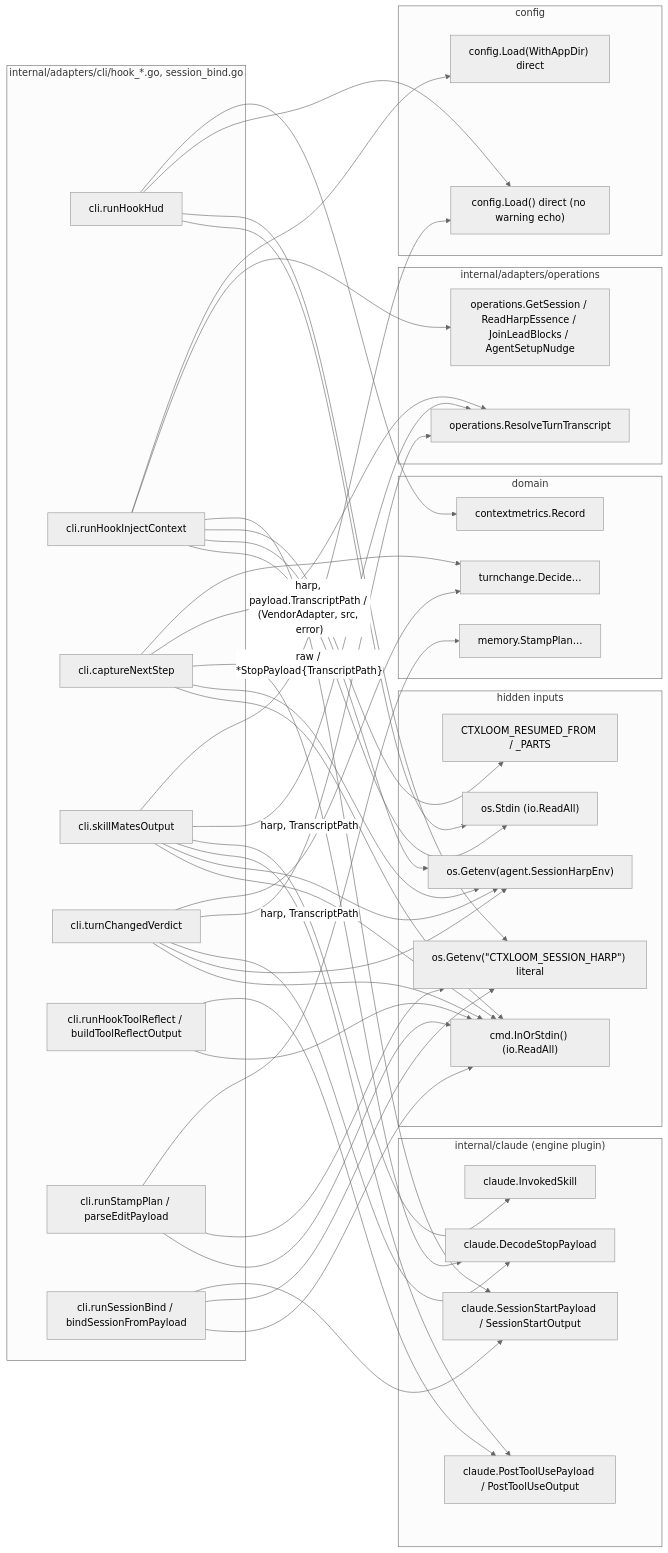
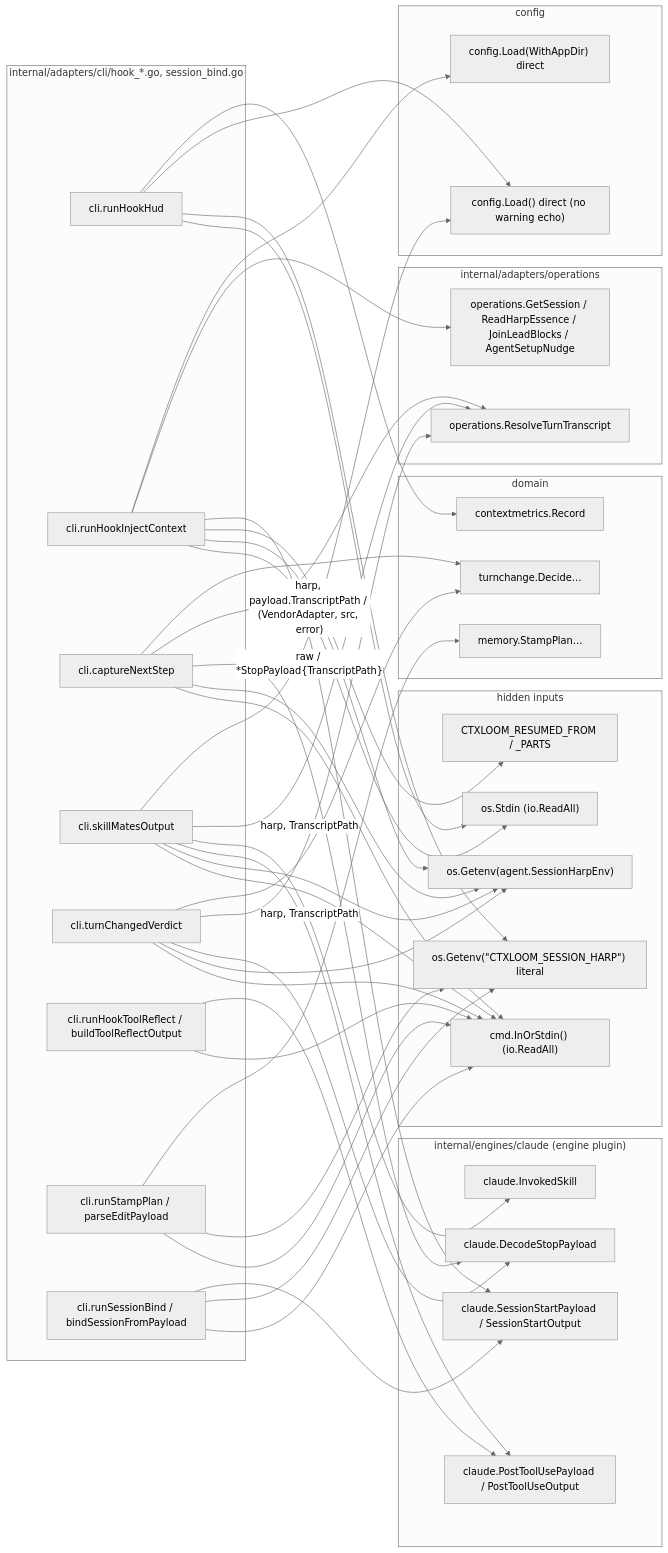
Before and after one commit to ctxloom/ctxloom: the fourth of 10 diagrams in docs/architecture/audit-2026-09-18/06-cli-operations.md, drawn with Mermaid (neutral theme). The commit also changed other lines of this file and 211 other files, not shown here.

First line of the commit message:
refactor(arch): move the engines ring into internal/engines

````diff
--- a/docs/architecture/audit-2026-09-18/06-cli-operations.md
+++ b/docs/architecture/audit-2026-09-18/06-cli-operations.md
@@ -258,74 +258,74 @@
 ```mermaid
 flowchart LR
   subgraph cli["internal/adapters/cli/hook_*.go, session_bind.go"]
     HUD["cli.runHookHud"]
     IC["cli.runHookInjectContext"]
     NS["cli.captureNextStep"]
     SM["cli.skillMatesOutput"]
     TC["cli.turnChangedVerdict"]
     TR["cli.runHookToolReflect / buildToolReflectOutput"]
     SP["cli.runStampPlan / parseEditPayload"]
     SB["cli.runSessionBind / bindSessionFromPayload"]
   end
   subgraph inputs["hidden inputs"]
     STDIN_OS["os.Stdin (io.ReadAll)"]
     STDIN_CMD["cmd.InOrStdin() (io.ReadAll)"]
     HARP_LIT["os.Getenv(#quot;CTXLOOM_SESSION_HARP#quot;) literal"]
     HARP_CONST["os.Getenv(agent.SessionHarpEnv)"]
     RESUMED["CTXLOOM_RESUMED_FROM / _PARTS"]
   end
-  subgraph claude["internal/claude (engine plugin)"]
+  subgraph claude["internal/engines/claude (engine plugin)"]
     DSP["claude.DecodeStopPayload"]
     PTU["claude.PostToolUsePayload / PostToolUseOutput"]
     SSP["claude.SessionStartPayload / SessionStartOutput"]
     INV["claude.InvokedSkill"]
   end
   subgraph ops["internal/adapters/operations"]
     RTT["operations.ResolveTurnTranscript"]
     GS["operations.GetSession / ReadHarpEssence / JoinLeadBlocks / AgentSetupNudge"]
   end
   subgraph cfg["config"]
     CL["config.Load() direct (no warning echo)"]
     CLA["config.Load(WithAppDir) direct"]
   end
   subgraph domain["domain"]
     CM["contextmetrics.Record"]
     MEM["memory.StampPlan…"]
     TCH["turnchange.Decide…"]
   end
 
   HUD --> STDIN_OS
   HUD --> HARP_LIT
   HUD --> CL
   HUD --> CM
   IC --> STDIN_OS
   IC --> HARP_CONST
   IC --> RESUMED
   IC --> SSP
   IC --> GS
   IC --> CLA
   NS --> STDIN_CMD
   NS --> HARP_CONST
   NS -- "raw / *StopPayload{TranscriptPath}" --> DSP
   NS -- "harp, payload.TranscriptPath / (VendorAdapter, src, error)" --> RTT
   NS --> TCH
   SM --> STDIN_CMD
   SM --> HARP_CONST
   SM --> PTU
   SM --> INV
   SM -- "harp, TranscriptPath" --> RTT
   SM --> CL
   TC --> STDIN_CMD
   TC --> HARP_CONST
   TC --> DSP
   TC -- "harp, TranscriptPath" --> RTT
   TC --> TCH
   TR --> STDIN_CMD
   TR --> PTU
   SP --> STDIN_CMD
   SP --> HARP_LIT
   SP --> MEM
   SB --> STDIN_CMD
   SB --> HARP_LIT
   SB --> SSP
 ```
````
